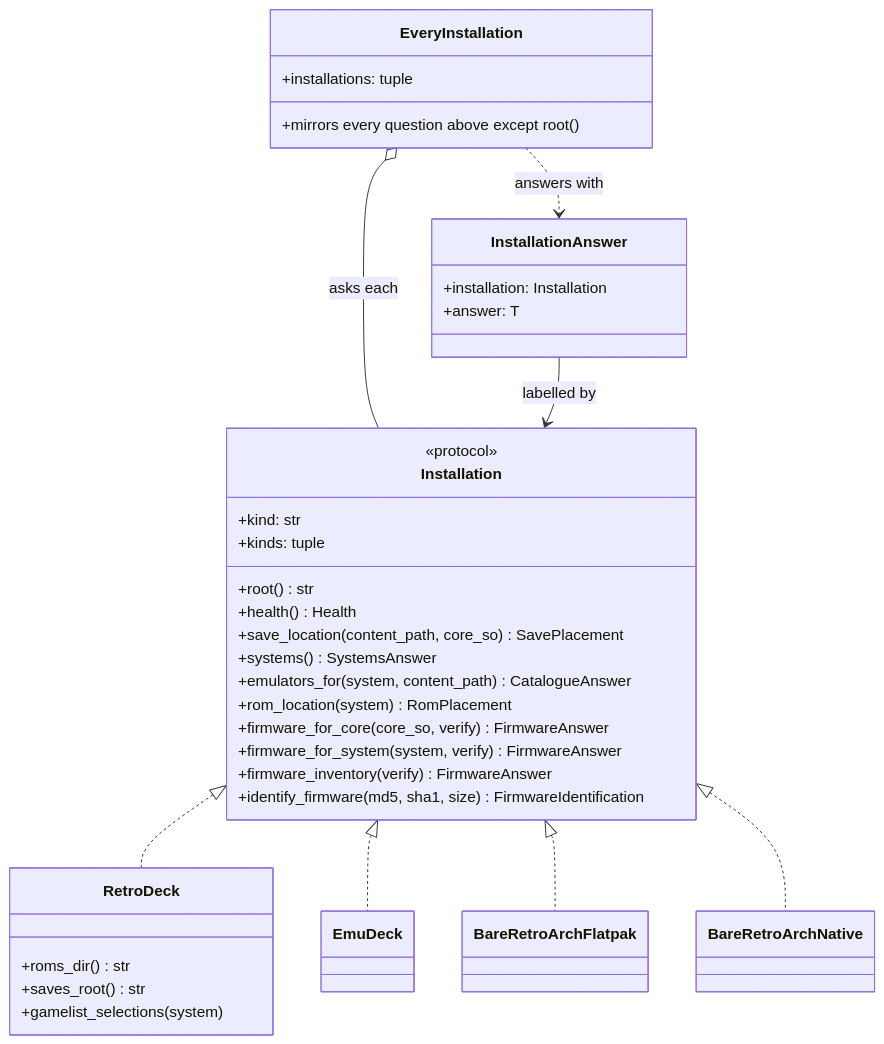
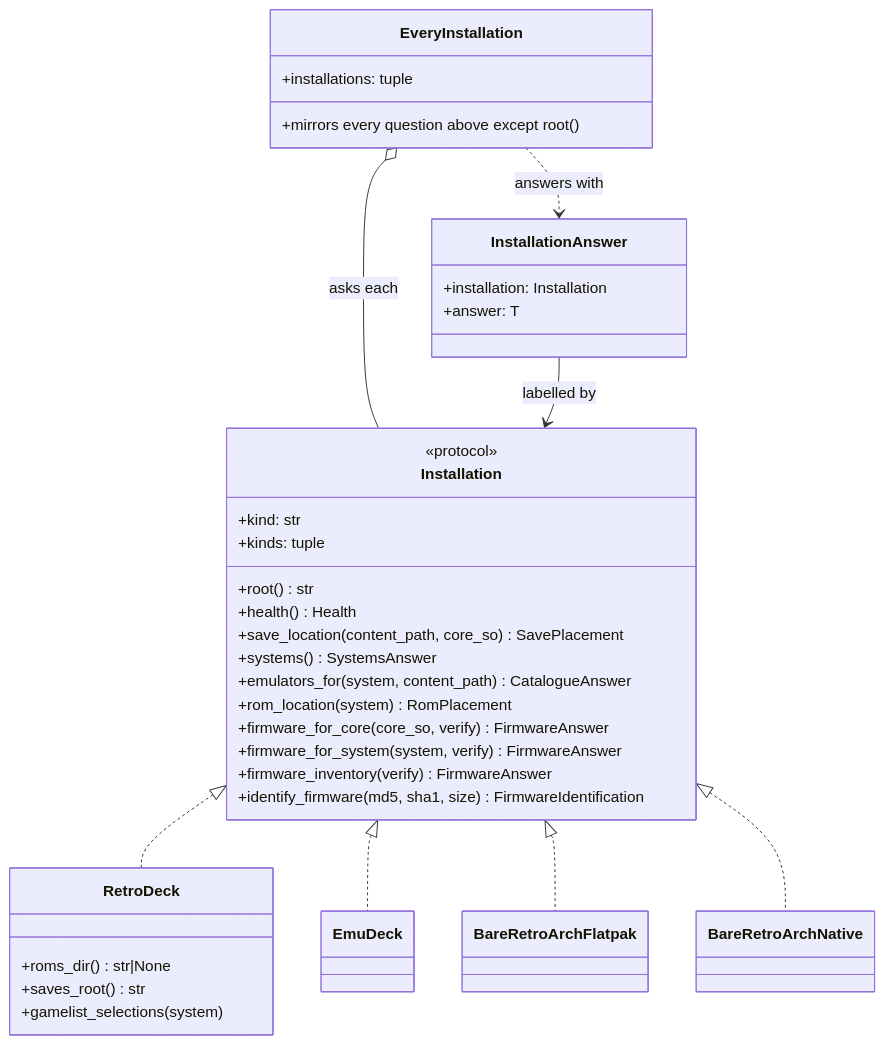
Before and after one commit to danielcopper/emu-atlas: the second of 3 diagrams in docs/architecture.md, drawn with Mermaid. The commit also changed 6 other files, not shown here.

````diff
--- a/docs/architecture.md
+++ b/docs/architecture.md
@@ -60,42 +60,42 @@
 ```mermaid
 classDiagram
     class Installation {
         <<protocol>>
         +kind: str
         +kinds: tuple
         +root() str
         +health() Health
         +save_location(content_path, core_so) SavePlacement
         +systems() SystemsAnswer
         +emulators_for(system, content_path) CatalogueAnswer
         +rom_location(system) RomPlacement
         +firmware_for_core(core_so, verify) FirmwareAnswer
         +firmware_for_system(system, verify) FirmwareAnswer
         +firmware_inventory(verify) FirmwareAnswer
         +identify_firmware(md5, sha1, size) FirmwareIdentification
     }
     class RetroDeck {
-        +roms_dir() str
+        +roms_dir() str|None
         +saves_root() str
         +gamelist_selections(system)
     }
     class EmuDeck
     class BareRetroArchFlatpak
     class BareRetroArchNative
     class EveryInstallation {
         +installations: tuple
         +mirrors every question above except root()
     }
     class InstallationAnswer {
         +installation: Installation
         +answer: T
     }
 
     Installation <|.. RetroDeck
     Installation <|.. EmuDeck
     Installation <|.. BareRetroArchFlatpak
     Installation <|.. BareRetroArchNative
     EveryInstallation o-- Installation : asks each
     EveryInstallation ..> InstallationAnswer : answers with
     InstallationAnswer --> Installation : labelled by
 ```
````
